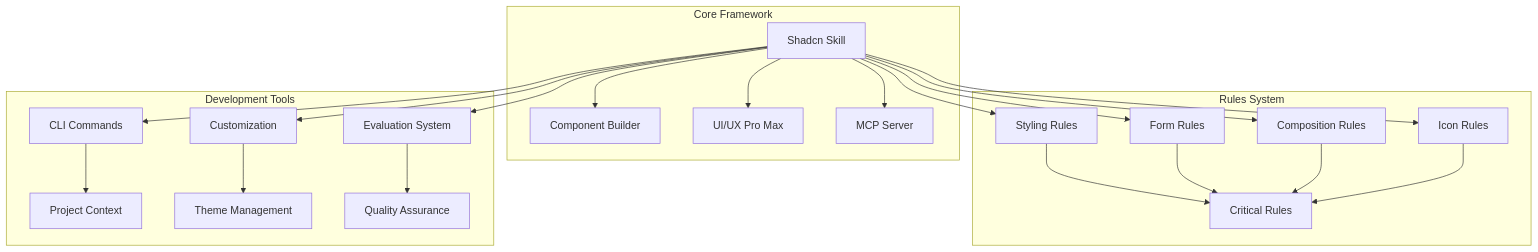
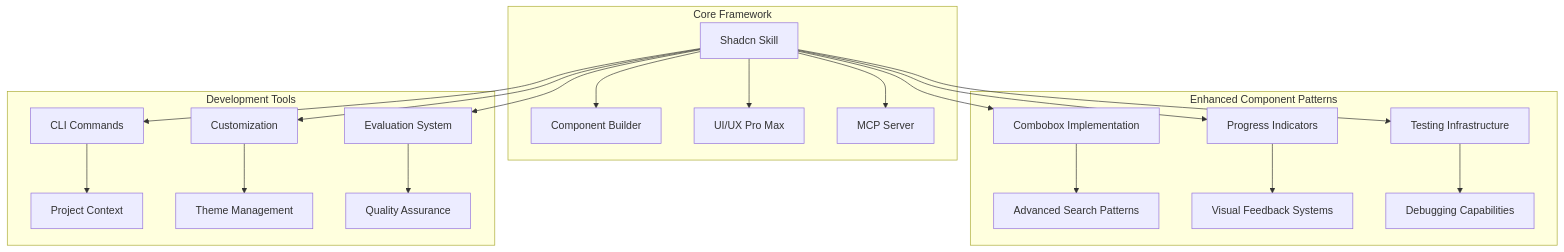
The first of 7 diagrams in .qoder/repowiki/en/content/Development Guide/Shadcn Skills Framework.md (SinesysTech/zattar-os), drawn with Mermaid before and after one commit. The commit also changed other lines of this file and 8 other files, not shown here.

Commit message:
Remove AudienciasMockPage component and its associated mock implementation

````diff
--- a/.qoder/repowiki/en/content/Development Guide/Shadcn Skills Framework.md
+++ b/.qoder/repowiki/en/content/Development Guide/Shadcn Skills Framework.md
@@ -44,26 +61,24 @@
 ```mermaid
 graph TB
 subgraph "Core Framework"
 A[Shadcn Skill] --> B[Component Builder]
 A --> C[UI/UX Pro Max]
 A --> D[MCP Server]
 end
-subgraph "Rules System"
-E[Styling Rules] --> G[Critical Rules]
-F[Form Rules] --> G
-H[Composition Rules] --> G
-I[Icon Rules] --> G
+subgraph "Enhanced Component Patterns"
+E[Combobox Implementation] --> G[Advanced Search Patterns]
+F[Progress Indicators] --> H[Visual Feedback Systems]
+I[Testing Infrastructure] --> J[Debugging Capabilities]
 end
 subgraph "Development Tools"
-J[CLI Commands] --> K[Project Context]
-L[Customization] --> M[Theme Management]
-N[Evaluation System] --> O[Quality Assurance]
+K[CLI Commands] --> L[Project Context]
+M[Customization] --> N[Theme Management]
+O[Evaluation System] --> P[Quality Assurance]
 end
 A --> E
 A --> F
-A --> H
 A --> I
-A --> J
-A --> L
-A --> N
+A --> K
+A --> M
+A --> O
 ```
````
